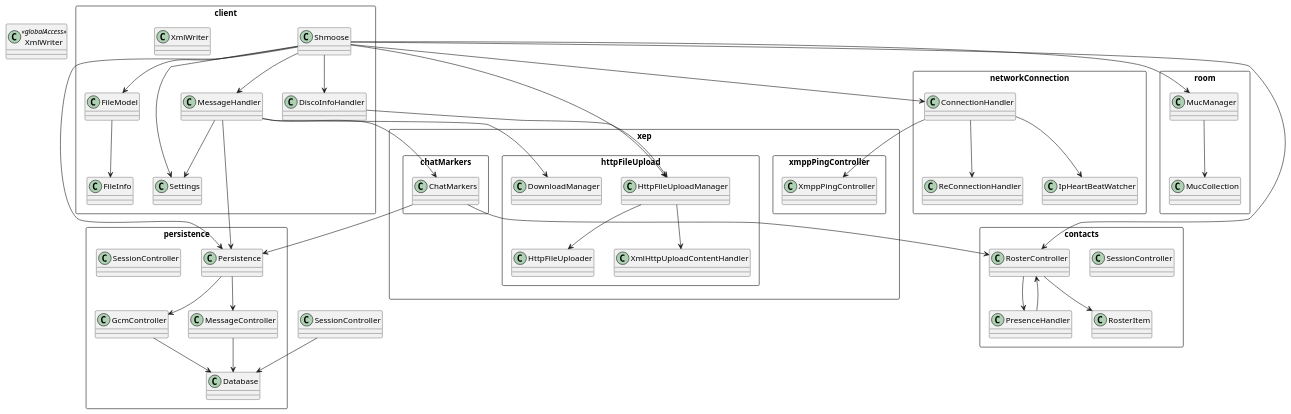
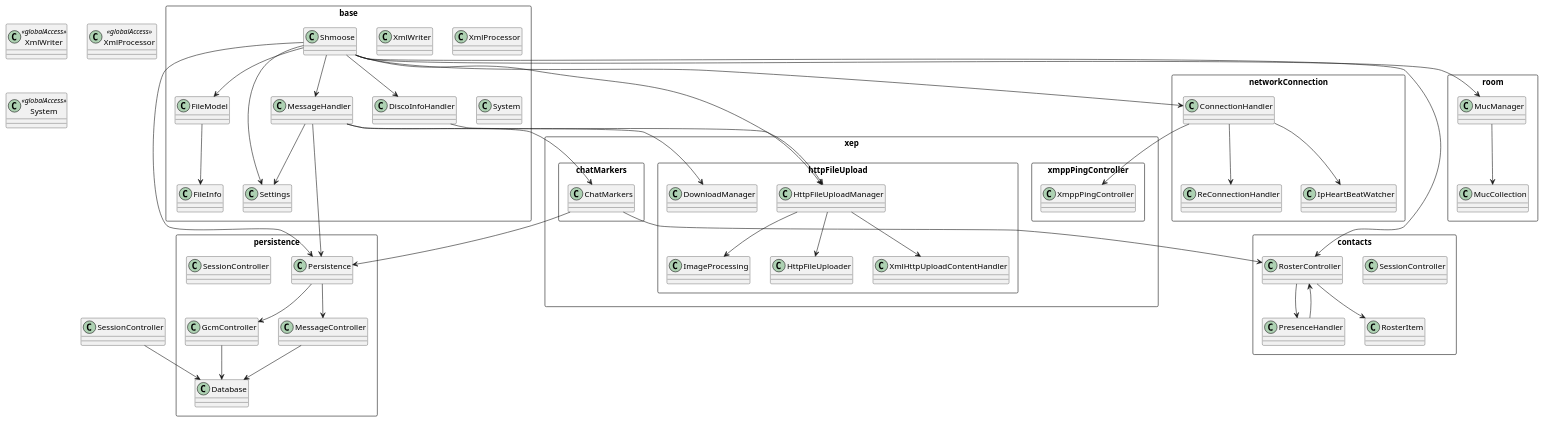
The diagram in doc/architecture/images/whitebox.plantuml (geobra/harbour-shmoose), drawn with PlantUML before and after one commit. The commit also changed 35 other files, not shown here.

```diff
--- a/doc/architecture/images/whitebox.plantuml
+++ b/doc/architecture/images/whitebox.plantuml
@@ -1,89 +1,95 @@
 @startuml
 
 package persistence <<Rectangle>>{
 	class Database
 	class GcmController
 	class MessageController
 	class Persistence
 	class SessionController
 }
 
 package xep <<Rectangle>> {
 	package chatMarkers <<Rectangle>> {
 		class ChatMarkers
 	}
 
 	package httpFileUpload <<Rectangle>> {
 		class DownloadManager
 		class HttpFileUploader
 		class HttpFileUploadManager
 		class XmlHttpUploadContentHandler
+		class ImageProcessing
 	}
 
 	package xmppPingController <<Rectangle>> {
 		class XmppPingController
 	}
 }
 
 package contacts <<Rectangle>> {
 	class SessionController
 	class RosterItem
 	class PresenceHandler
 	class RosterController
 }
 
 package networkConnection <<Rectangle>> {
 	class ConnectionHandler
 	class ReConnectionHandler
 	class IpHeartBeatWatcher
 }
 
 package room <<Rectangle>> {
 	class MucManager
 	class MucCollection
 }
 
-package client <<Rectangle>> {
+package base <<Rectangle>> {
 	class Shmoose
 	class FileModel
 	class FileInfo
 	class Settings
 	class MessageHandler
 	class DiscoInfoHandler
 	class XmlWriter
+	class XmlProcessor
+	class System
 }
 
 class XmlWriter << globalAccess >>
+class XmlProcessor << globalAccess >>
+class System << globalAccess >>
 
 ChatMarkers --> RosterController
 ChatMarkers --> Persistence
 ConnectionHandler --> ReConnectionHandler
 ConnectionHandler --> IpHeartBeatWatcher
 ConnectionHandler --> XmppPingController
 DiscoInfoHandler --> HttpFileUploadManager
 FileModel --> FileInfo
 GcmController --> Database
 HttpFileUploadManager --> XmlHttpUploadContentHandler
 HttpFileUploadManager --> HttpFileUploader
+HttpFileUploadManager --> ImageProcessing
 MessageController --> Database
 MessageHandler --> Persistence
 MessageHandler --> DownloadManager
 MessageHandler --> Settings
 MessageHandler --> ChatMarkers
 MucManager --> MucCollection
 Persistence --> GcmController
 Persistence --> MessageController
 PresenceHandler --> RosterController
 RosterController --> PresenceHandler
 RosterController --> RosterItem
 SessionController --> Database
 Shmoose --> Persistence
 Shmoose --> ConnectionHandler
 Shmoose --> MessageHandler
 Shmoose --> Settings
 Shmoose --> RosterController
 Shmoose --> HttpFileUploadManager
 Shmoose --> DiscoInfoHandler
 Shmoose --> MucManager
 Shmoose --> FileModel
 @enduml
```
